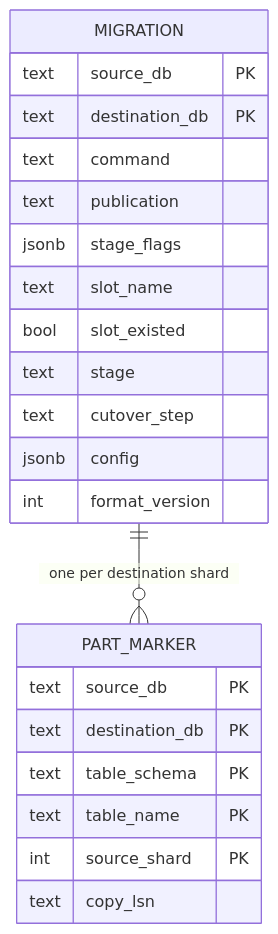
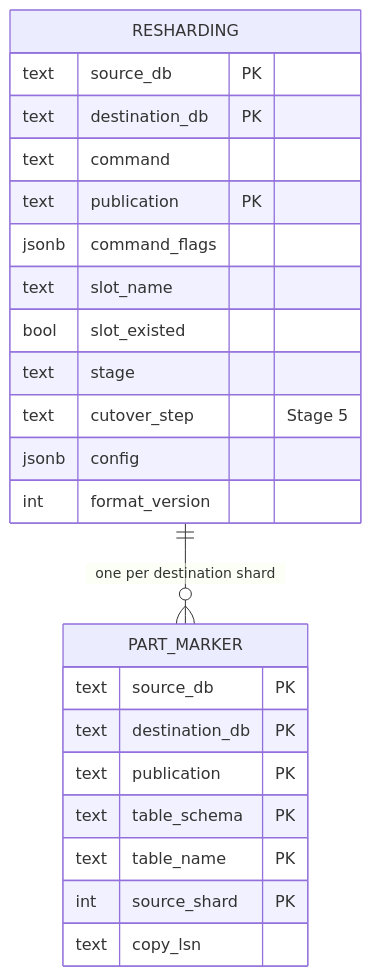
The second of 6 diagrams in docs/RESUMABLE_RESHARDING.md (pgdogdev/pgdog), drawn with Mermaid before and after one commit. The commit also changed other lines of this file and 13 other files, not shown here.

````diff
--- a/docs/RESUMABLE_RESHARDING.md
+++ b/docs/RESUMABLE_RESHARDING.md
@@ -151,25 +151,26 @@
 ```mermaid
 erDiagram
-  MIGRATION ||--o{ PART_MARKER : "one per destination shard"
-  MIGRATION {
+  RESHARDING ||--o{ PART_MARKER : "one per destination shard"
+  RESHARDING {
     text source_db PK
     text destination_db PK
     text command
-    text publication
-    jsonb stage_flags
+    text publication PK
+    jsonb command_flags
     text slot_name
     bool slot_existed
     text stage
-    text cutover_step
+    text cutover_step "Stage 5"
     jsonb config
     int format_version
   }
   PART_MARKER {
     text source_db PK
     text destination_db PK
+    text publication PK
     text table_schema PK
     text table_name PK
     int source_shard PK
     text copy_lsn
   }
 ```
````
